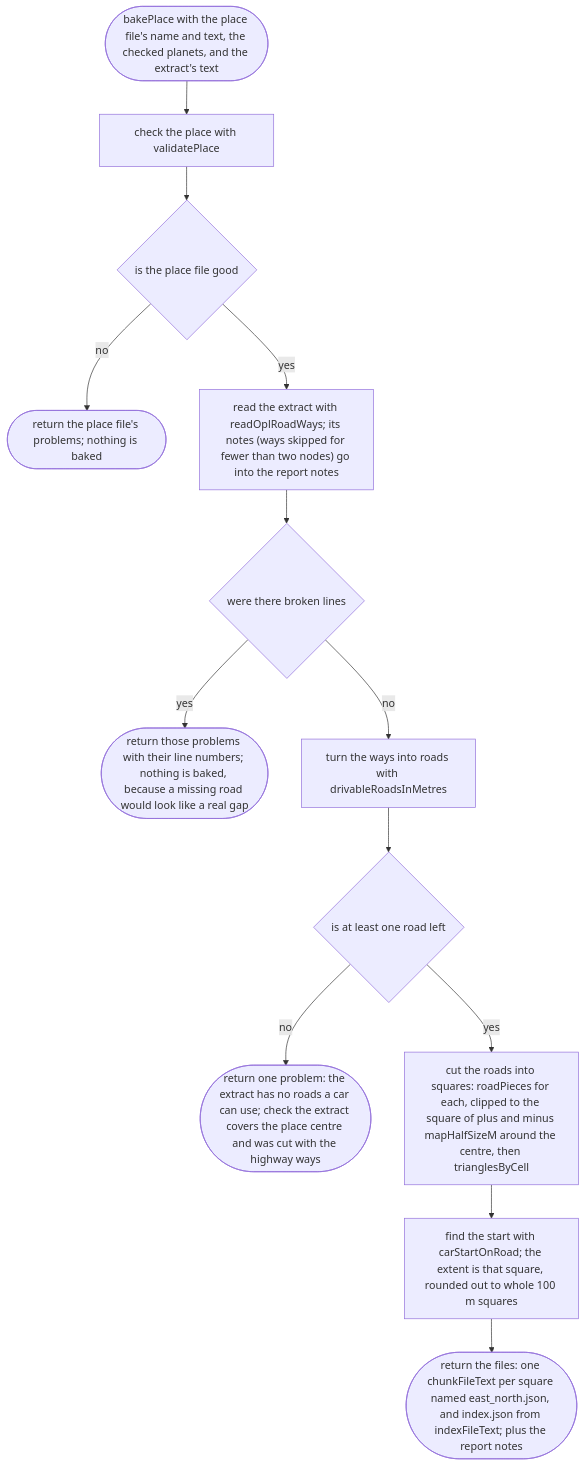
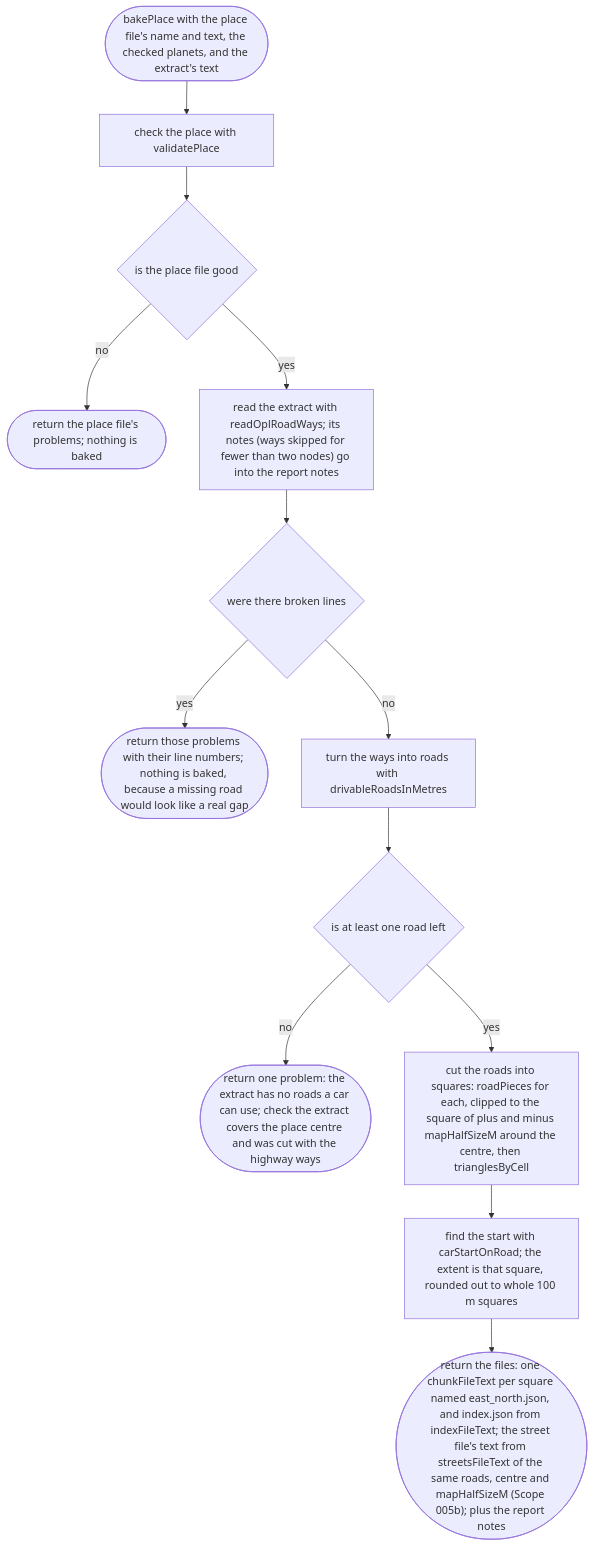
The first of 2 diagrams in docs/designs/tools/bake/bake.md (NewDara-Star/world-engine), drawn with Mermaid before and after one commit. The commit also changed other lines of this file and 58 other files, not shown here.

First line of the commit message:
Slice 1b: the street you are on, and a small map

````diff
--- a/docs/designs/tools/bake/bake.md
+++ b/docs/designs/tools/bake/bake.md
@@ -14,23 +14,23 @@
 ```mermaid
 flowchart TD
   s(["bakePlace with the place file's name and text, the checked planets, and the extract's text"])
   a["check the place with validatePlace"]
   b{"is the place file good"}
   c(["return the place file's problems; nothing is baked"])
   d["read the extract with readOplRoadWays; its notes (ways skipped for fewer than two nodes) go into the report notes"]
   e{"were there broken lines"}
   f(["return those problems with their line numbers; nothing is baked, because a missing road would look like a real gap"])
   g["turn the ways into roads with drivableRoadsInMetres"]
   h{"is at least one road left"}
   i(["return one problem: the extract has no roads a car can use; check the extract covers the place centre and was cut with the highway ways"])
   j["cut the roads into squares: roadPieces for each, clipped to the square of plus and minus mapHalfSizeM around the centre, then trianglesByCell"]
   k["find the start with carStartOnRoad; the extent is that square, rounded out to whole 100 m squares"]
-  l(["return the files: one chunkFileText per square named east_north.json, and index.json from indexFileText; plus the report notes"])
+  l(["return the files: one chunkFileText per square named east_north.json, and index.json from indexFileText; the street file's text from streetsFileText of the same roads, centre and mapHalfSizeM (Scope 005b); plus the report notes"])
   s --> a --> b
   b -->|"no"| c
   b -->|"yes"| d --> e
   e -->|"yes"| f
   e -->|"no"| g --> h
   h -->|"no"| i
   h -->|"yes"| j --> k --> l
 ```
````
